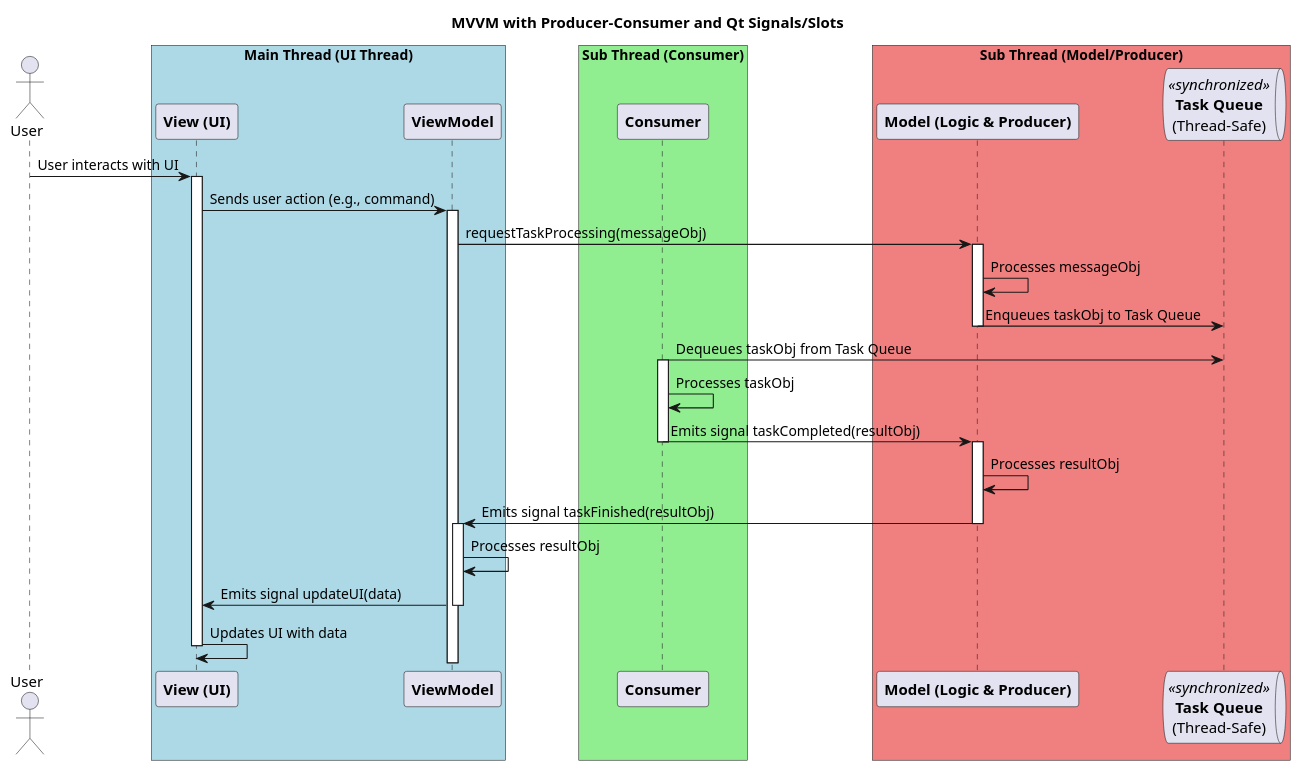
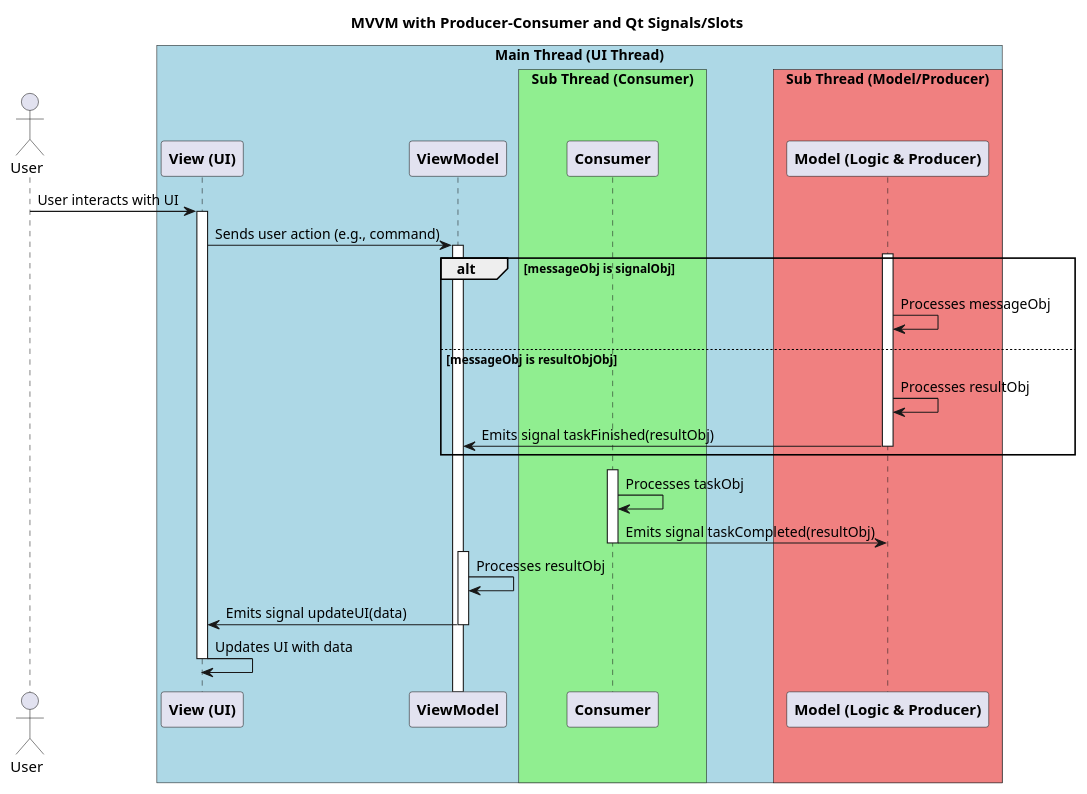
One commit to anhembedded/RsLazyApp changed the diagram in design/uml/signalAndSlotMultiThread/generalSequence.plantuml. Above: the diagram before and after it, drawn with PlantUML. The commit also changed 10 other files, not shown here.

```diff
--- a/design/uml/signalAndSlotMultiThread/generalSequence.plantuml
+++ b/design/uml/signalAndSlotMultiThread/generalSequence.plantuml
@@ -1,47 +1,44 @@
 @startuml
 title **MVVM with Producer-Consumer and Qt Signals/Slots**
-
+!pragma teoz true
 actor "User" as U
 
 box "Main Thread (UI Thread)" #LightBlue
     participant "**View (UI)**" as V
     participant "**ViewModel**" as VM
-end box
-
-box "Sub Thread (Consumer)" #LightGreen
-    participant "**Consumer**" as C
-end box
-
-box "Sub Thread (Model/Producer)" #LightCoral
-    participant "**Model (Logic & Producer)**" as MP
-    queue "**Task Queue**\n(Thread-Safe)" as TQ <<synchronized>>
+    box "Sub Thread (Consumer)" #LightGreen
+        participant "**Consumer**" as C
+    end box
+    box "Sub Thread (Model/Producer)" #LightCoral
+        participant "**Model (Logic & Producer)**" as MP
+    end box
 end box
 
 ' --- User Interaction & Task Creation ---
 U -> V: User interacts with UI
 activate V
 V -> VM: Sends user action (e.g., command)
 activate VM
-VM -> MP: requestTaskProcessing(messageObj)
 activate MP
-MP -> MP: Processes messageObj
-MP -> TQ: Enqueues taskObj to Task Queue
-deactivate MP
+
+alt messageObj is signalObj
+    MP -> MP: Processes messageObj
+else messageObj is resultObjObj
+    MP -> MP: Processes resultObj
+    MP -> VM: Emits signal taskFinished(resultObj)
+    deactivate MP
+end
 
 ' --- Task Consumption & Processing ---
-C -> TQ: Dequeues taskObj from Task Queue
 activate C
 C -> C: Processes taskObj
 C -> MP: Emits signal taskCompleted(resultObj)
 deactivate C
-activate MP
-MP -> MP: Processes resultObj
-MP -> VM: Emits signal taskFinished(resultObj)
-deactivate MP
+
 activate VM
 VM -> VM: Processes resultObj
 VM -> V: Emits signal updateUI(data)
 deactivate VM
 V -> V: Updates UI with data
 deactivate V
 @enduml
```
